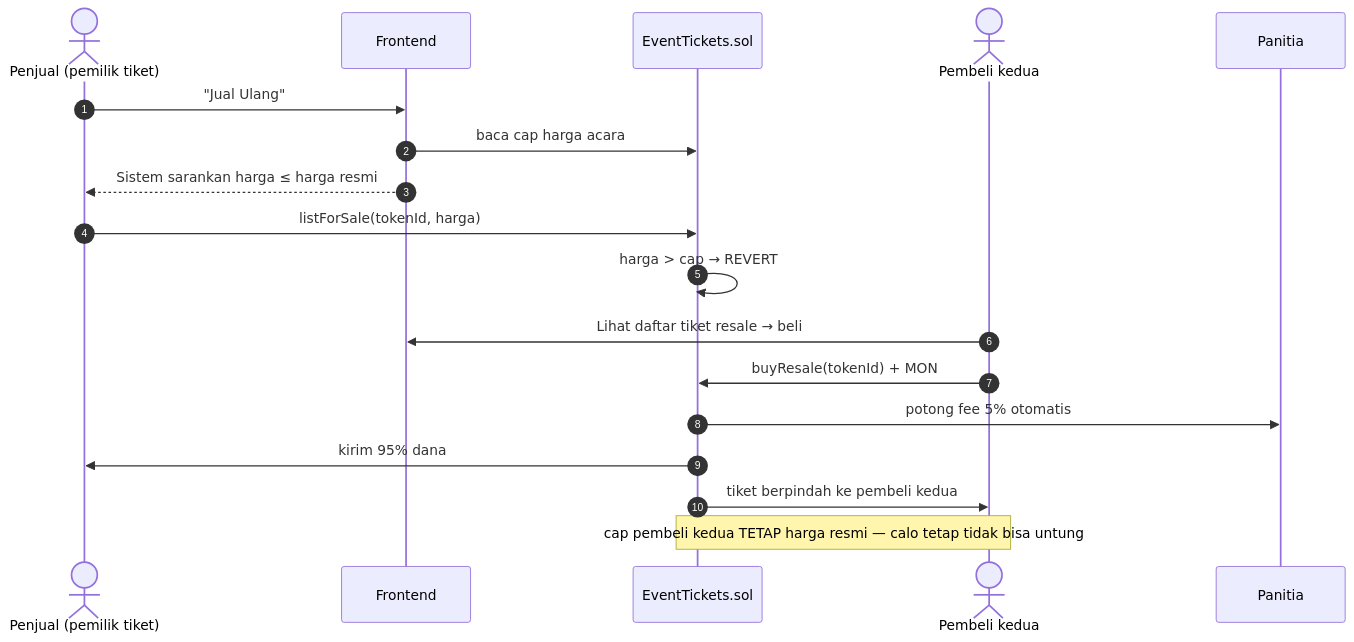
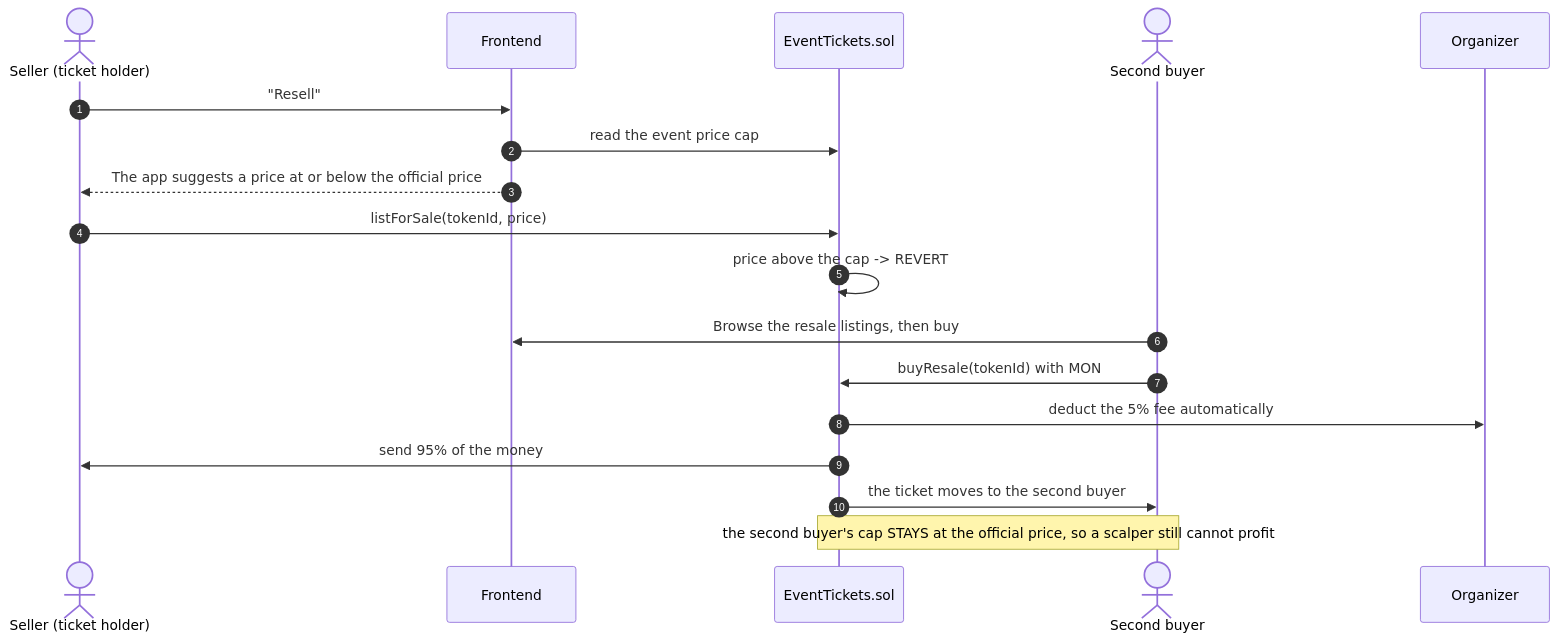
One commit to mA4rK0/sticket changed the sixth of 8 diagrams in blueprint.md. Above: the diagram before and after it, drawn with Mermaid. The commit also changed other lines of this file and 58 other files, not shown here.

Commit message:
feat(app): Sticket frontend with buyer flow, resale market, dashboard and scanner

````diff
--- a/blueprint.md
+++ b/blueprint.md
@@ -240,21 +240,21 @@
 ```mermaid
 sequenceDiagram
     autonumber
-    actor S as Penjual (pemilik tiket)
+    actor S as Seller (ticket holder)
     participant FE as Frontend
     participant T as EventTickets.sol
-    actor B2 as Pembeli kedua
-    participant PJ as Panitia
+    actor B2 as Second buyer
+    participant PJ as Organizer
 
-    S->>FE: "Jual Ulang"
-    FE->>T: baca cap harga acara
-    FE-->>S: Sistem sarankan harga ≤ harga resmi
-    S->>T: listForSale(tokenId, harga)
-    T->>T: harga > cap → REVERT
-    B2->>FE: Lihat daftar tiket resale → beli
-    B2->>T: buyResale(tokenId) + MON
-    T->>PJ: potong fee 5% otomatis
-    T->>S: kirim 95% dana
-    T->>B2: tiket berpindah ke pembeli kedua
-    Note over B2,T: cap pembeli kedua TETAP harga resmi — calo tetap tidak bisa untung
+    S->>FE: "Resell"
+    FE->>T: read the event price cap
+    FE-->>S: The app suggests a price at or below the official price
+    S->>T: listForSale(tokenId, price)
+    T->>T: price above the cap -> REVERT
+    B2->>FE: Browse the resale listings, then buy
+    B2->>T: buyResale(tokenId) with MON
+    T->>PJ: deduct the 5% fee automatically
+    T->>S: send 95% of the money
+    T->>B2: the ticket moves to the second buyer
+    Note over B2,T: the second buyer's cap STAYS at the official price, so a scalper still cannot profit
 ```
````
